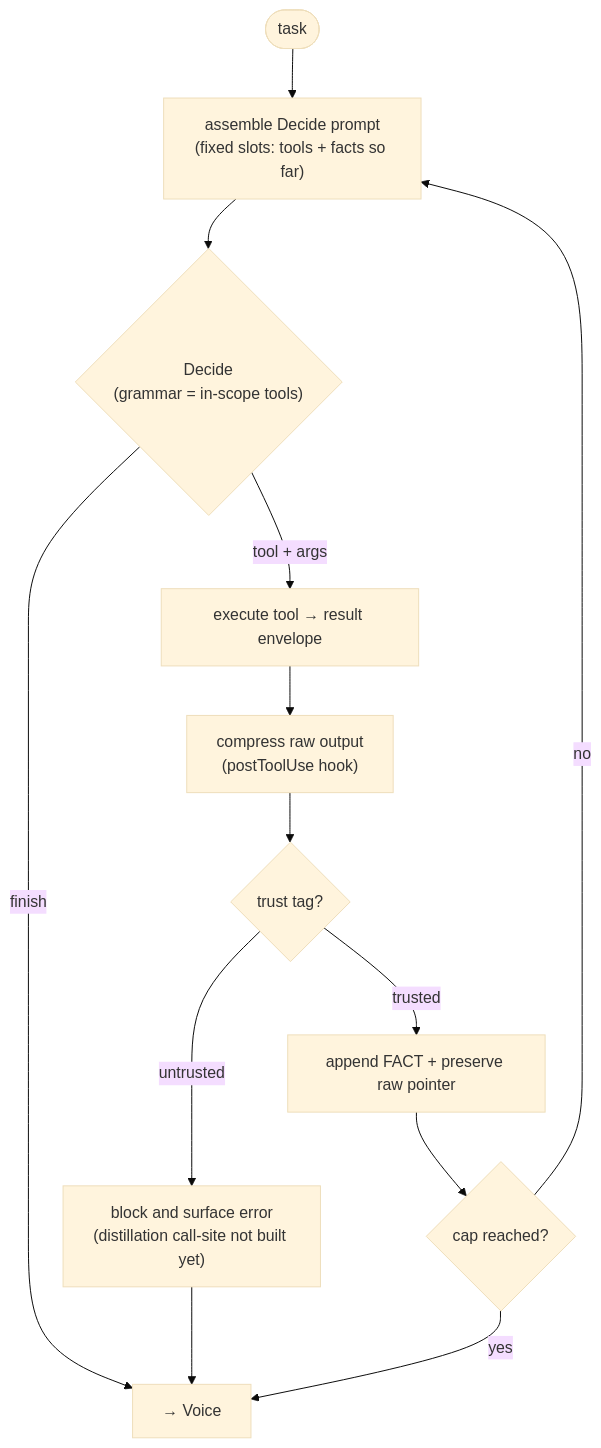
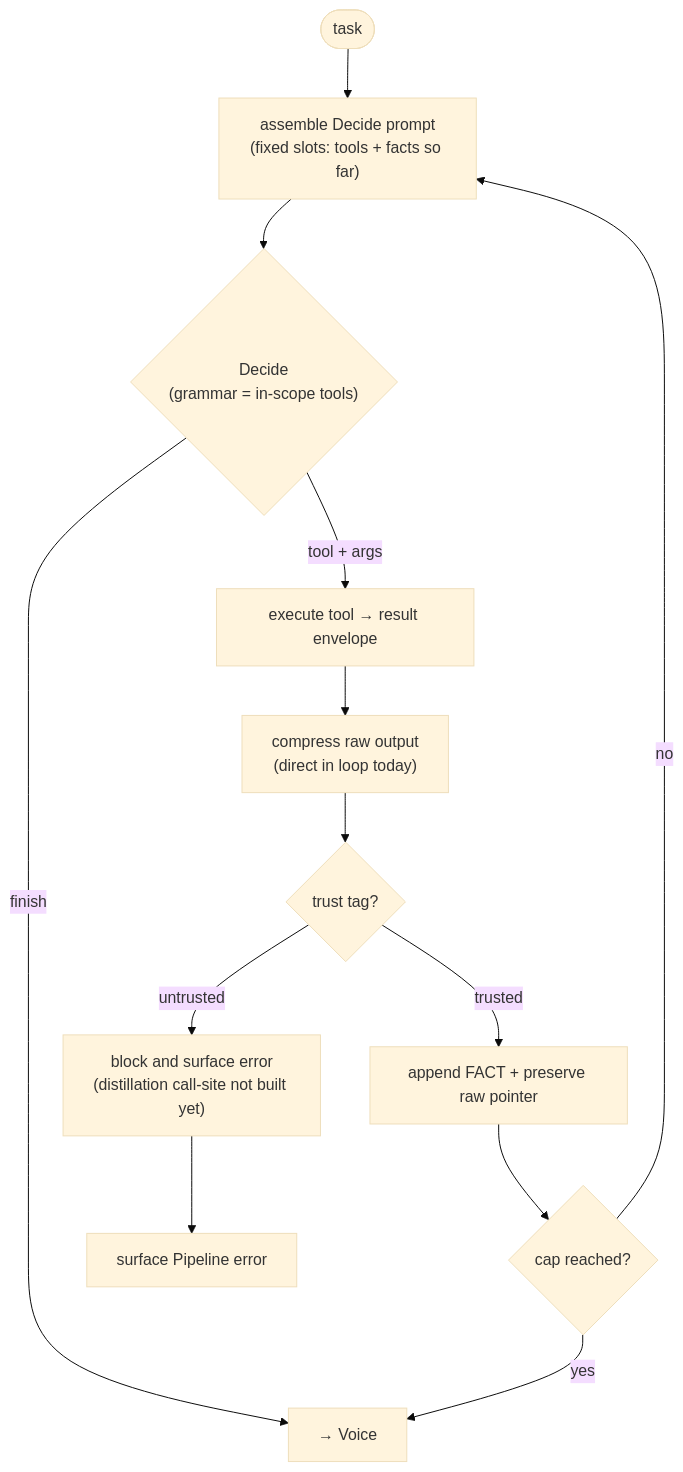
Before and after one commit to macro88/grugling: the fifth of 6 diagrams in docs/design/code-design.md, drawn with Mermaid (base theme).

Commit message:
docs: fix decision-loop lifecycle diagram

````diff
--- a/docs/design/code-design.md
+++ b/docs/design/code-design.md
@@ -449,15 +449,15 @@
 ```mermaid
 flowchart TD
   start([task]) --> assemble["assemble Decide prompt<br/>(fixed slots: tools + facts so far)"]
   assemble --> decide{"Decide<br/>(grammar = in-scope tools)"}
   decide -->|finish| voice["→ Voice"]
   decide -->|tool + args| exec["execute tool → result envelope"]
-  exec --> compress["compress raw output<br/>(postToolUse hook)"]
+  exec --> compress["compress raw output<br/>(direct in loop today)"]
   compress --> gate{trust tag?}
   gate -->|untrusted| block["block and surface error<br/>(distillation call-site not built yet)"]
   gate -->|trusted| fact["append FACT + preserve raw pointer"]
-  block --> voice
+  block --> surface["surface Pipeline error"]
   fact --> cap{cap reached?}
   cap -->|no| assemble
   cap -->|yes| voice
 ```
````
